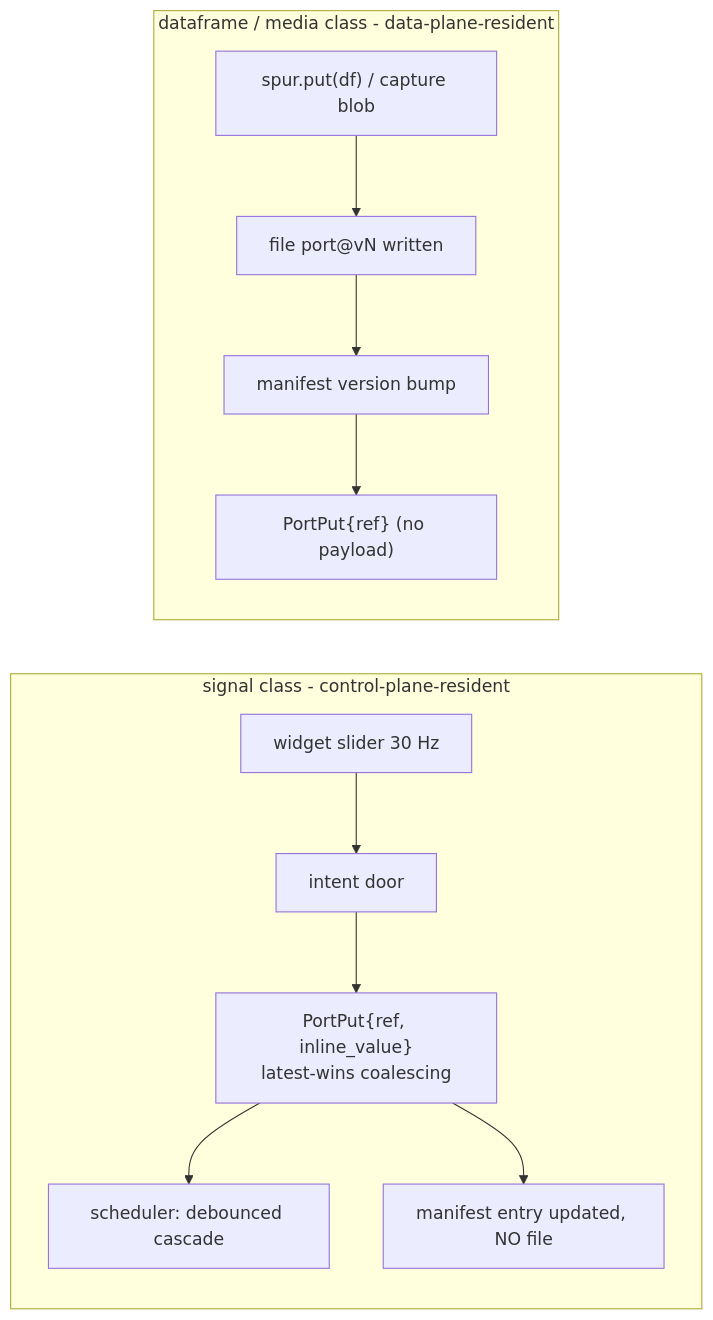
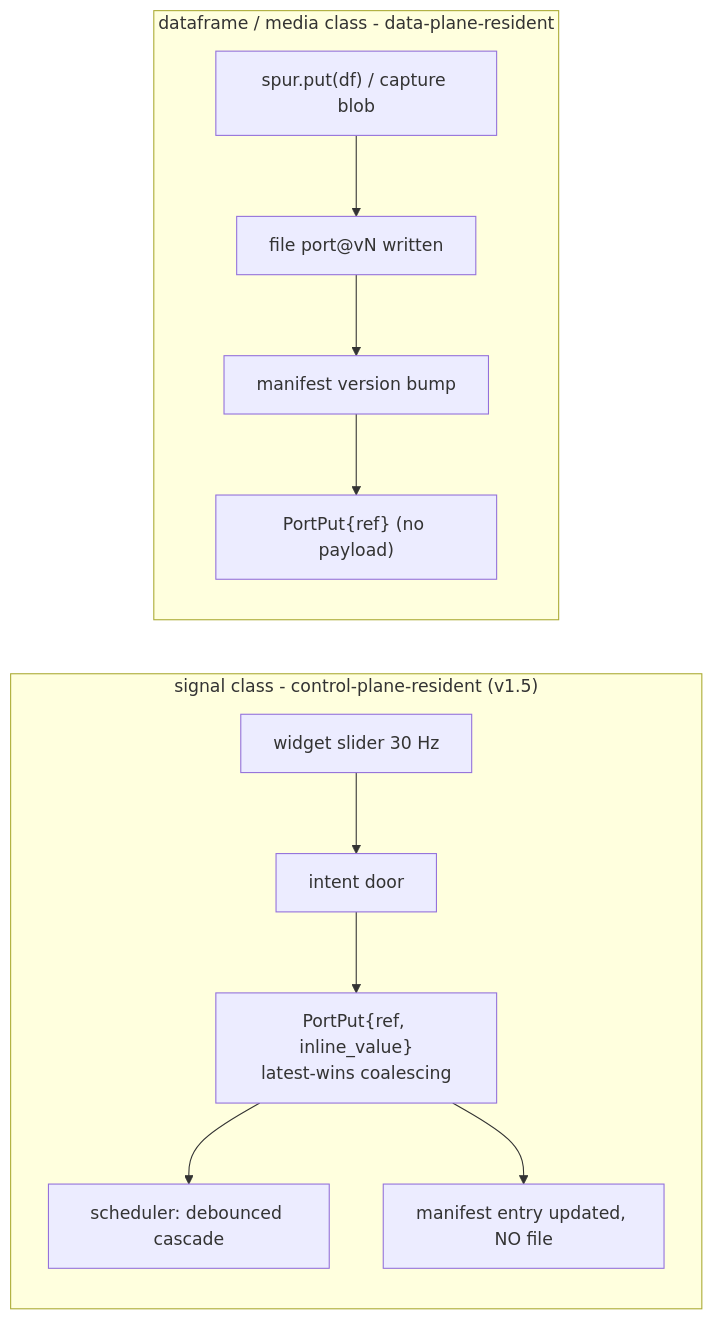
Before and after one commit to getspur/spur: the fifth of 9 diagrams in docs/superpowers/specs/2026-06-11-port-plane-integration-design.md, drawn with Mermaid. The commit also changed other lines of this file, not shown here.

First line of the commit message:
docs(specs): revise port-plane spec per grounding review

````diff
--- a/docs/superpowers/specs/2026-06-11-port-plane-integration-design.md
+++ b/docs/superpowers/specs/2026-06-11-port-plane-integration-design.md
@@ -250,14 +260,14 @@
 ```mermaid
 flowchart LR
-    subgraph SIGNAL["signal class - control-plane-resident"]
+    subgraph SIGNAL["signal class - control-plane-resident (v1.5)"]
         S1["widget slider 30 Hz"] --> S2["intent door"]
         S2 --> S3["PortPut{ref, inline_value}<br/>latest-wins coalescing"]
         S3 --> S4["scheduler: debounced cascade"]
         S3 --> S5["manifest entry updated, NO file"]
     end
     subgraph DF["dataframe / media class - data-plane-resident"]
         D1["spur.put(df) / capture blob"] --> D2["file port@vN written"]
         D2 --> D3["manifest version bump"]
         D3 --> D4["PortPut{ref} (no payload)"]
     end
 ```
````
